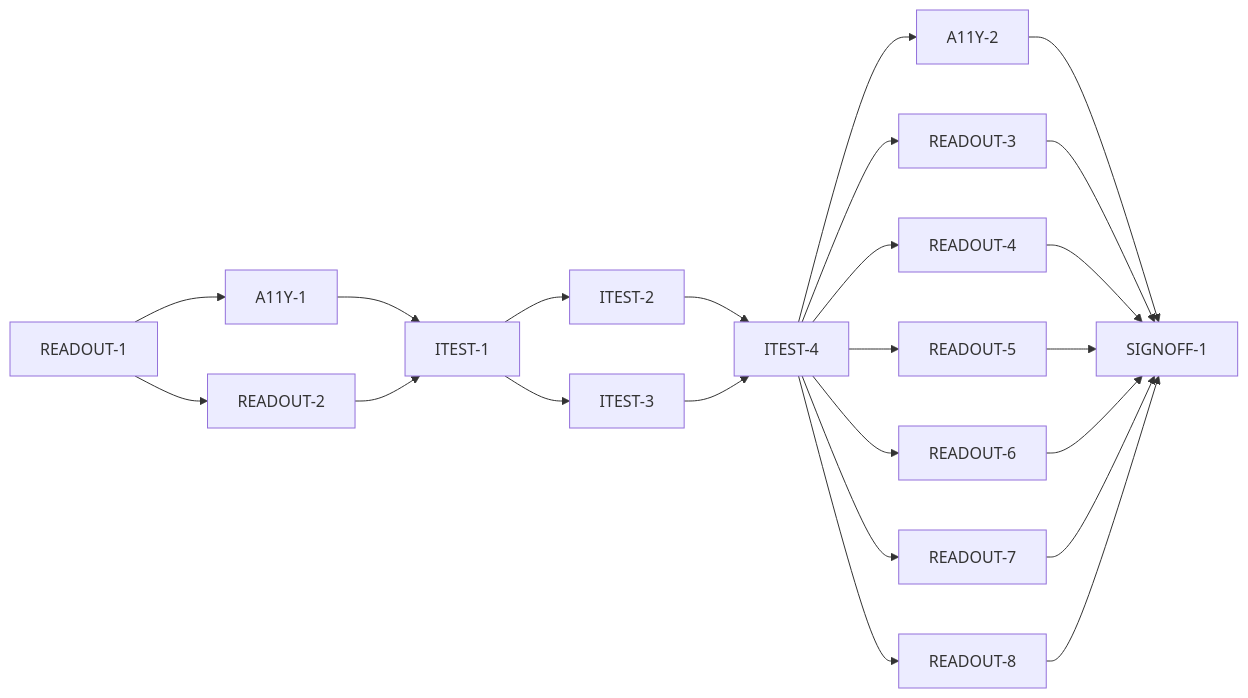
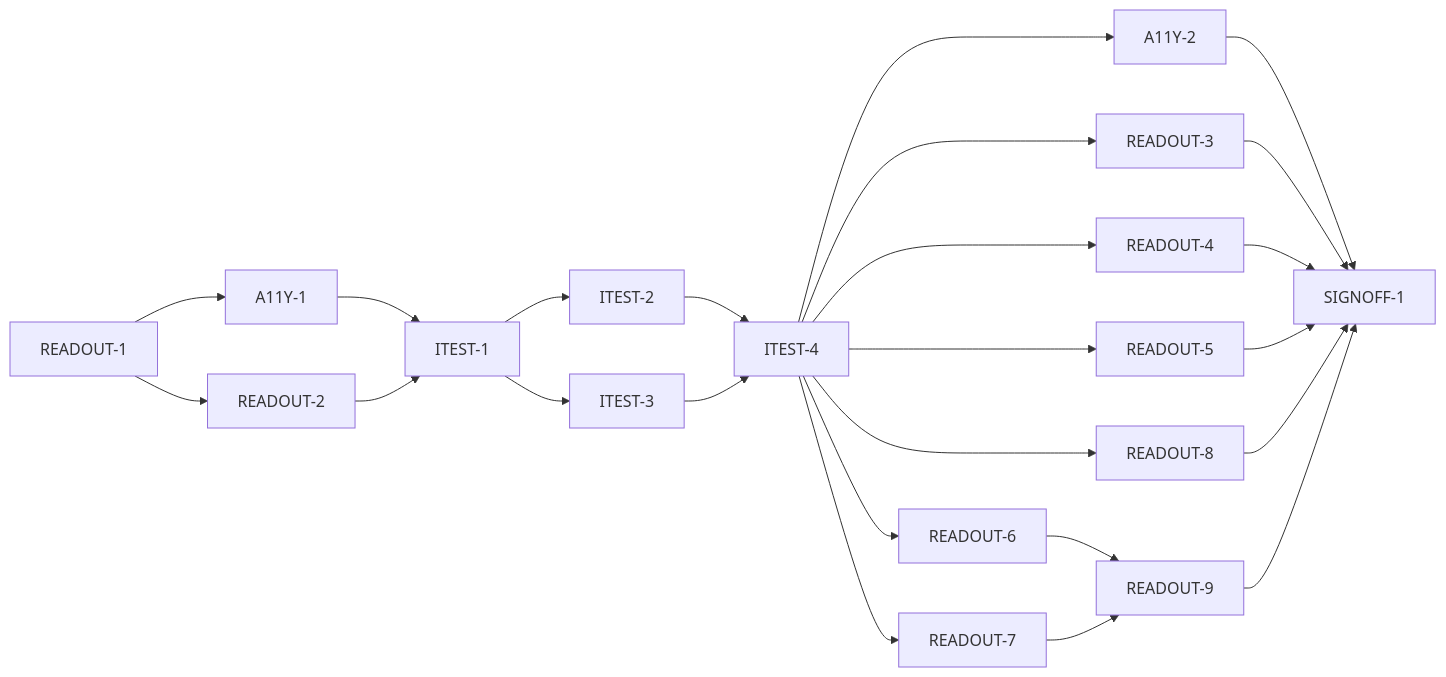
One commit to meatsquirk/Nuance changed the diagram in specs/bs-20-ui-improvements/MASTER_PLAN_FOR_FEATURE.md. Above: the diagram before and after it, drawn with Mermaid. The commit also changed other lines of this file and 1 other file, not shown here.

First line of the commit message:
bs-20-ui-improvements SIGNOFF-1: blocked by bs-11 regression — reshaped plan (READOUT-9)

````diff
--- a/specs/bs-20-ui-improvements/MASTER_PLAN_FOR_FEATURE.md
+++ b/specs/bs-20-ui-improvements/MASTER_PLAN_FOR_FEATURE.md
@@ -99,8 +100,9 @@
 ```mermaid
 graph LR
   READOUT-1 --> A11Y-1 & READOUT-2
   A11Y-1 & READOUT-2 --> ITEST-1 --> ITEST-2 & ITEST-3
   ITEST-2 & ITEST-3 --> ITEST-4
   ITEST-4 --> A11Y-2 & READOUT-3 & READOUT-4 & READOUT-5 & READOUT-6 & READOUT-7 & READOUT-8
-  A11Y-2 & READOUT-3 & READOUT-4 & READOUT-5 & READOUT-6 & READOUT-7 & READOUT-8 --> SIGNOFF-1
+  READOUT-6 & READOUT-7 --> READOUT-9
+  A11Y-2 & READOUT-3 & READOUT-4 & READOUT-5 & READOUT-8 & READOUT-9 --> SIGNOFF-1
 ```
````
